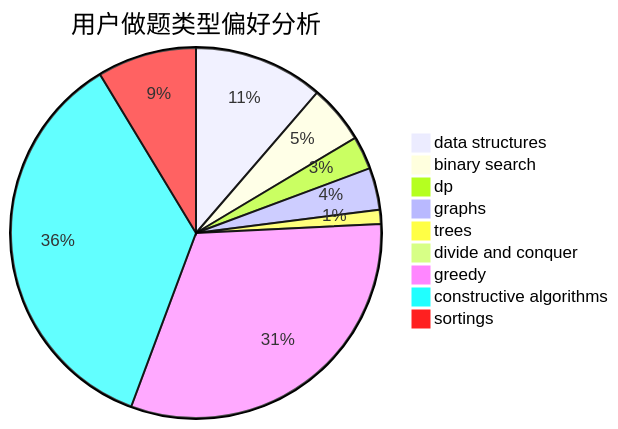
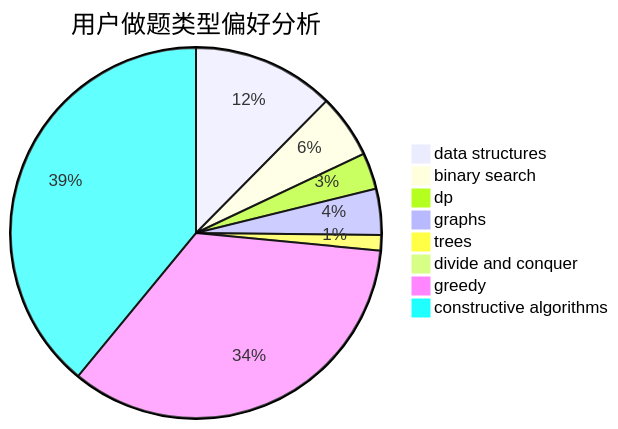
One commit to sherpahu/cfrs.github.io changed the second of 3 diagrams in docs/user/u2059.md. Above: the diagram before and after it, drawn with Mermaid. The commit also changed other lines of this file and 2769 other files, not shown here.

````diff
--- a/docs/user/u2059.md
+++ b/docs/user/u2059.md
@@ -18,12 +18,11 @@
 ```mermaid
 pie title 用户做题类型偏好分析
     "data structures" :  238
     "binary search" :  107
     "dp" :  61
     "graphs" :  77
     "trees" :  26
     "divide and conquer" :  0
     "greedy" :  661
     "constructive algorithms" :  749
-    "sortings" :  182
 ```
````
